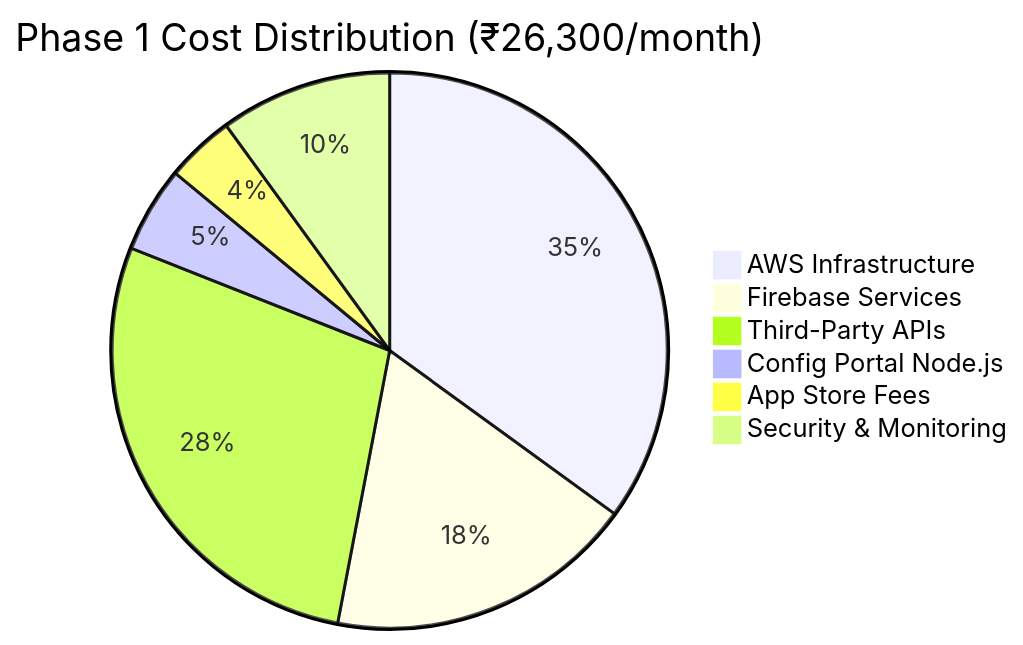
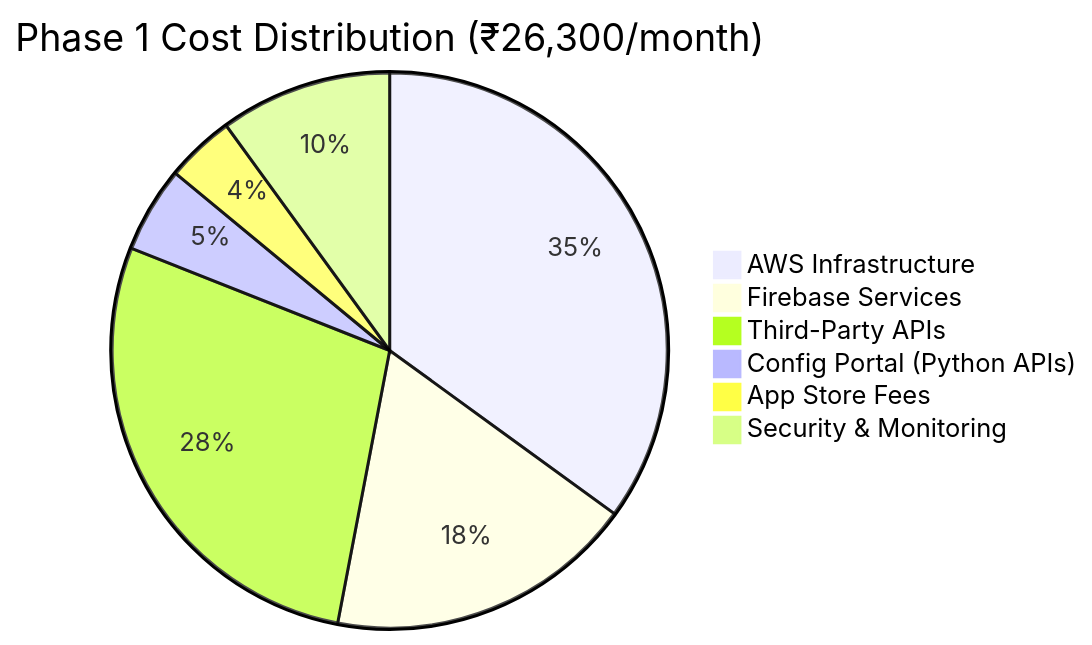
Diagram 14 of 16 in discovery/deployment/deployment-design.md (manizvlabs/agentmitra), drawn with Mermaid before and after one commit. The commit also changed other lines of this file, not shown here.

````diff
--- a/discovery/deployment/deployment-design.md
+++ b/discovery/deployment/deployment-design.md
@@ -2782,9 +2782,9 @@
 ```mermaid
 pie title Phase 1 Cost Distribution (₹26,300/month)
     "AWS Infrastructure" : 35
     "Firebase Services" : 18
     "Third-Party APIs" : 28
-    "Config Portal Node.js" : 5
+    "Config Portal (Python APIs)" : 5
     "App Store Fees" : 4
     "Security & Monitoring" : 10
 ```
````
